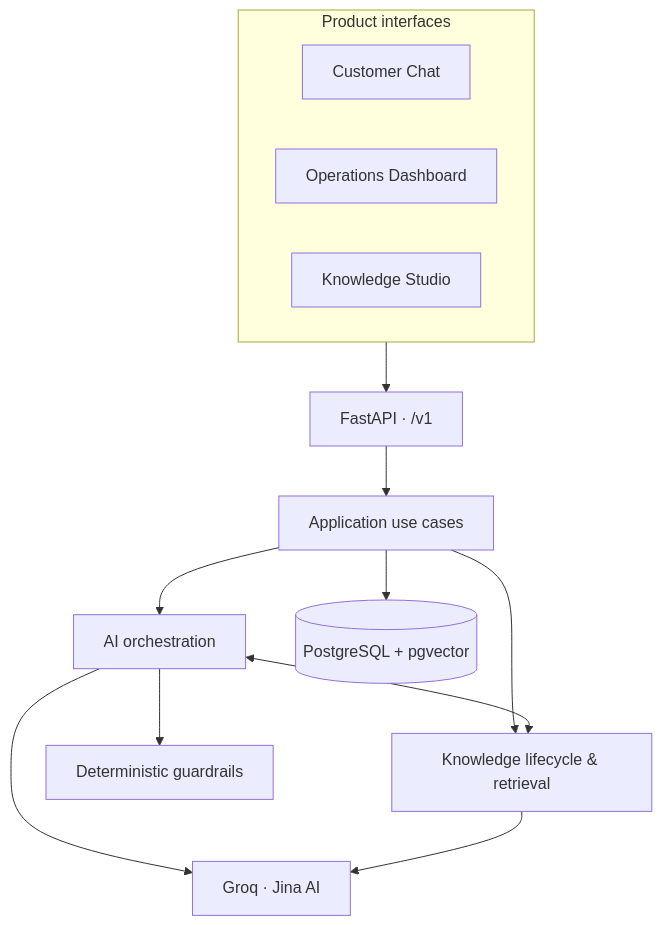
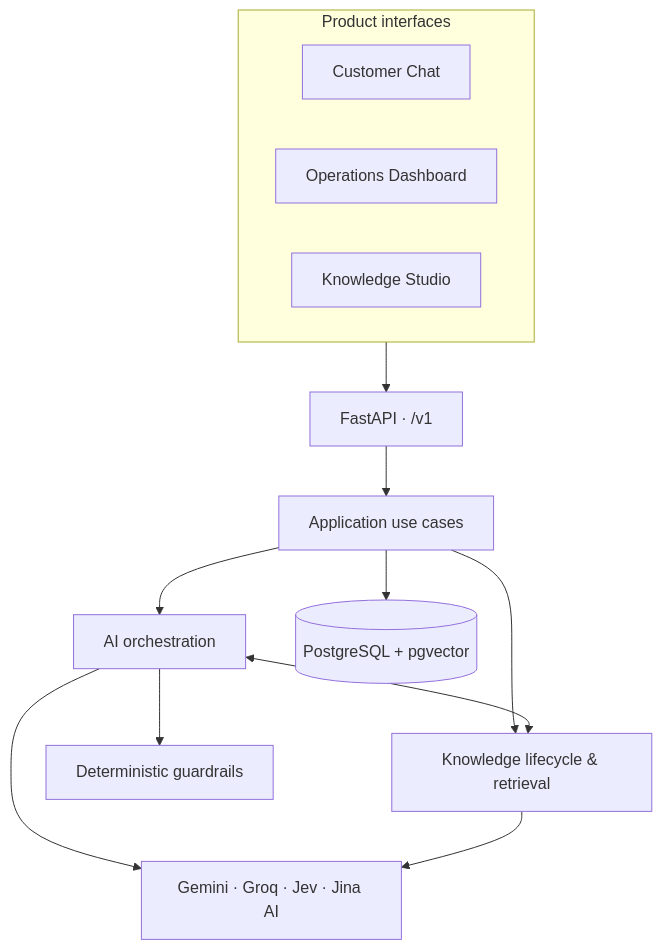
The first of 3 diagrams in README.md (Swar-16/AI-customer-support-agent), drawn with Mermaid before and after one commit. The commit also changed other lines of this file and 55 other files, not shown here.

Commit message:
feat(ai): integrate Gemini provider (gemini-3.5-flash-lite), Jev intent classifier with fallback, rectify tests, and update docs

````diff
--- a/README.md
+++ b/README.md
@@ -82,20 +84,20 @@
 ```mermaid
 flowchart TB
     subgraph UX["Product interfaces"]
         Chat["Customer Chat"]
         Ops["Operations Dashboard"]
         Studio["Knowledge Studio"]
     end
 
     UX --> API["FastAPI · /v1"]
     API --> App["Application use cases"]
 
     App --> AI["AI orchestration"]
     App --> Knowledge["Knowledge lifecycle & retrieval"]
     AI --> Guardrails["Deterministic guardrails"]
     AI <--> Knowledge
 
     App --> DB[("PostgreSQL + pgvector")]
-    AI --> Providers["Groq · Jina AI"]
+    AI --> Providers["Gemini · Groq · Jev · Jina AI"]
     Knowledge --> Providers
 ```
````
